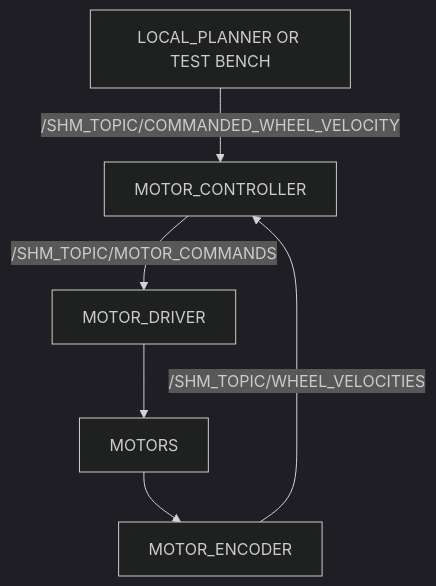
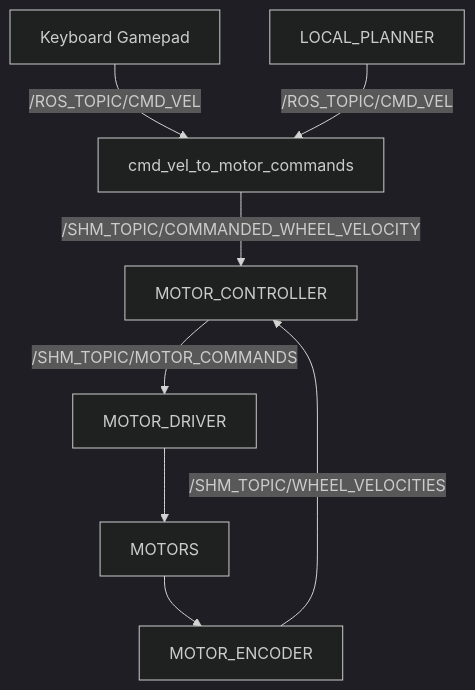
The diagram in src/dream_mobile_platform/README.md (RicoJia/The-Dream-Robot), drawn with Mermaid (dark theme) before and after one commit. The commit also changed other lines of this file and 2 other files, not shown here.

Commit message:
keyboard teleop is added! adjusted readme, docker file

````diff
--- a/src/dream_mobile_platform/README.md
+++ b/src/dream_mobile_platform/README.md
@@ -27,6 +27,7 @@
 ```mermaid
 graph TB
 A["MOTOR_CONTROLLER"] -->|/SHM_TOPIC/MOTOR_COMMANDS| B["MOTOR_DRIVER"] --> C["MOTORS"] --> D["MOTOR_ENCODER"] --> |/SHM_TOPIC/WHEEL_VELOCITIES|A
 
-E["LOCAL_PLANNER OR TEST BENCH"] -->|/SHM_TOPIC/COMMANDED_WHEEL_VELOCITY| A
+F["Keyboard Gamepad"] -->|/ROS_TOPIC/CMD_VEL| G["cmd_vel_to_motor_commands"] -->|/SHM_TOPIC/COMMANDED_WHEEL_VELOCITY| A
+H["LOCAL_PLANNER"] -->|/ROS_TOPIC/CMD_VEL| G["cmd_vel_to_motor_commands"]
 ```
````
